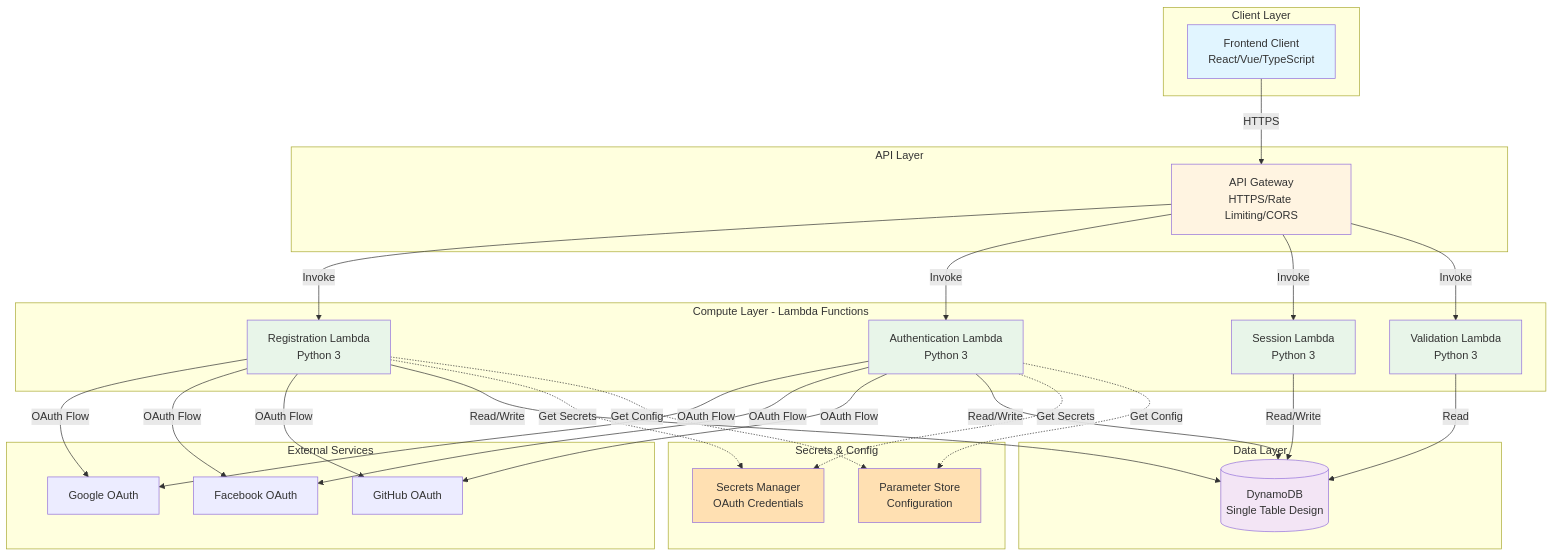
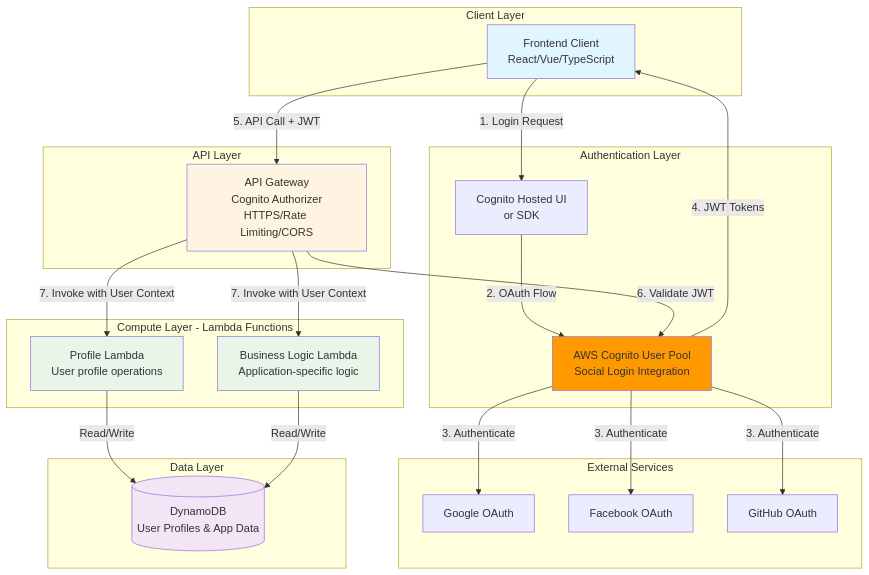
Before and after one commit to sdronava/yomite: the first of 2 diagrams in .kiro/specs/user-registration-service/design.md, drawn with Mermaid. The commit also changed other lines of this file and 59 other files, not shown here.

First line of the commit message:
User Registration Service - Implementation Complete (#1)

````diff
--- a/.kiro/specs/user-registration-service/design.md
+++ b/.kiro/specs/user-registration-service/design.md
@@ -52,65 +58,52 @@
 ```mermaid
 graph TB
     subgraph "Client Layer"
         FC[Frontend Client<br/>React/Vue/TypeScript]
     end
     
+    subgraph "Authentication Layer"
+        COG[AWS Cognito User Pool<br/>Social Login Integration]
+        COGUI[Cognito Hosted UI<br/>or SDK]
+    end
+    
     subgraph "API Layer"
-        APIGW[API Gateway<br/>HTTPS/Rate Limiting/CORS]
+        APIGW[API Gateway<br/>Cognito Authorizer<br/>HTTPS/Rate Limiting/CORS]
     end
     
     subgraph "Compute Layer - Lambda Functions"
-        LR[Registration Lambda<br/>Python 3]
-        LA[Authentication Lambda<br/>Python 3]
-        LS[Session Lambda<br/>Python 3]
-        LV[Validation Lambda<br/>Python 3]
+        LP[Profile Lambda<br/>User profile operations]
+        LB[Business Logic Lambda<br/>Application-specific logic]
     end
     
     subgraph "External Services"
         SP1[Google OAuth]
         SP2[Facebook OAuth]
         SP3[GitHub OAuth]
     end
     
     subgraph "Data Layer"
-        DDB[(DynamoDB<br/>Single Table Design)]
+        DDB[(DynamoDB<br/>User Profiles & App Data)]
     end
     
-    subgraph "Secrets & Config"
-        SM[Secrets Manager<br/>OAuth Credentials]
-        SSM[Parameter Store<br/>Configuration]
-    end
+    FC -->|1. Login Request| COGUI
+    COGUI -->|2. OAuth Flow| COG
+    COG -->|3. Authenticate| SP1
+    COG -->|3. Authenticate| SP2
+    COG -->|3. Authenticate| SP3
+    COG -->|4. JWT Tokens| FC
     
-    FC -->|HTTPS| APIGW
-    APIGW -->|Invoke| LR
-    APIGW -->|Invoke| LA
-    APIGW -->|Invoke| LS
-    APIGW -->|Invoke| LV
+    FC -->|5. API Call + JWT| APIGW
+    APIGW -->|6. Validate JWT| COG
+    APIGW -->|7. Invoke with User Context| LP
+    APIGW -->|7. Invoke with User Context| LB
     
-    LR -->|OAuth Flow| SP1
-    LR -->|OAuth Flow| SP2
-    LR -->|OAuth Flow| SP3
-    LA -->|OAuth Flow| SP1
-    LA -->|OAuth Flow| SP2
-    LA -->|OAuth Flow| SP3
+    LP -->|Read/Write| DDB
+    LB -->|Read/Write| DDB
     
-    LR -->|Read/Write| DDB
-    LA -->|Read/Write| DDB
-    LS -->|Read/Write| DDB
-    LV -->|Read| DDB
-    
-    LR -.->|Get Secrets| SM
-    LA -.->|Get Secrets| SM
-    LR -.->|Get Config| SSM
-    LA -.->|Get Config| SSM
-    
+    style COG fill:#ff9900
+    style APIGW fill:#fff4e1
     style FC fill:#e1f5ff
-    style APIGW fill:#fff4e1
-    style LR fill:#e8f5e9
-    style LA fill:#e8f5e9
-    style LS fill:#e8f5e9
-    style LV fill:#e8f5e9
+    style LP fill:#e8f5e9
+    style LB fill:#e8f5e9
     style DDB fill:#f3e5f5
-    style SM fill:#ffe0b2
-    style SSM fill:#ffe0b2
 ```
````
